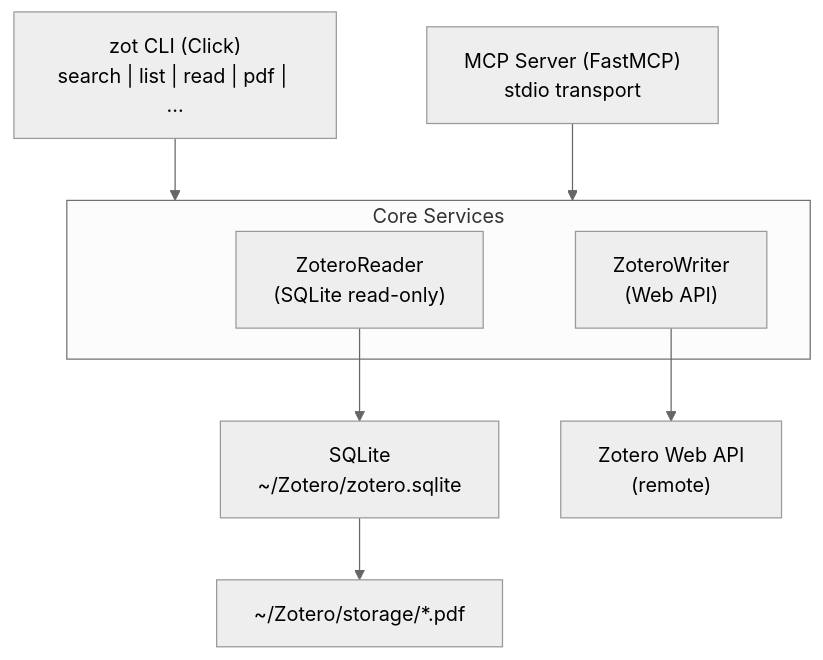
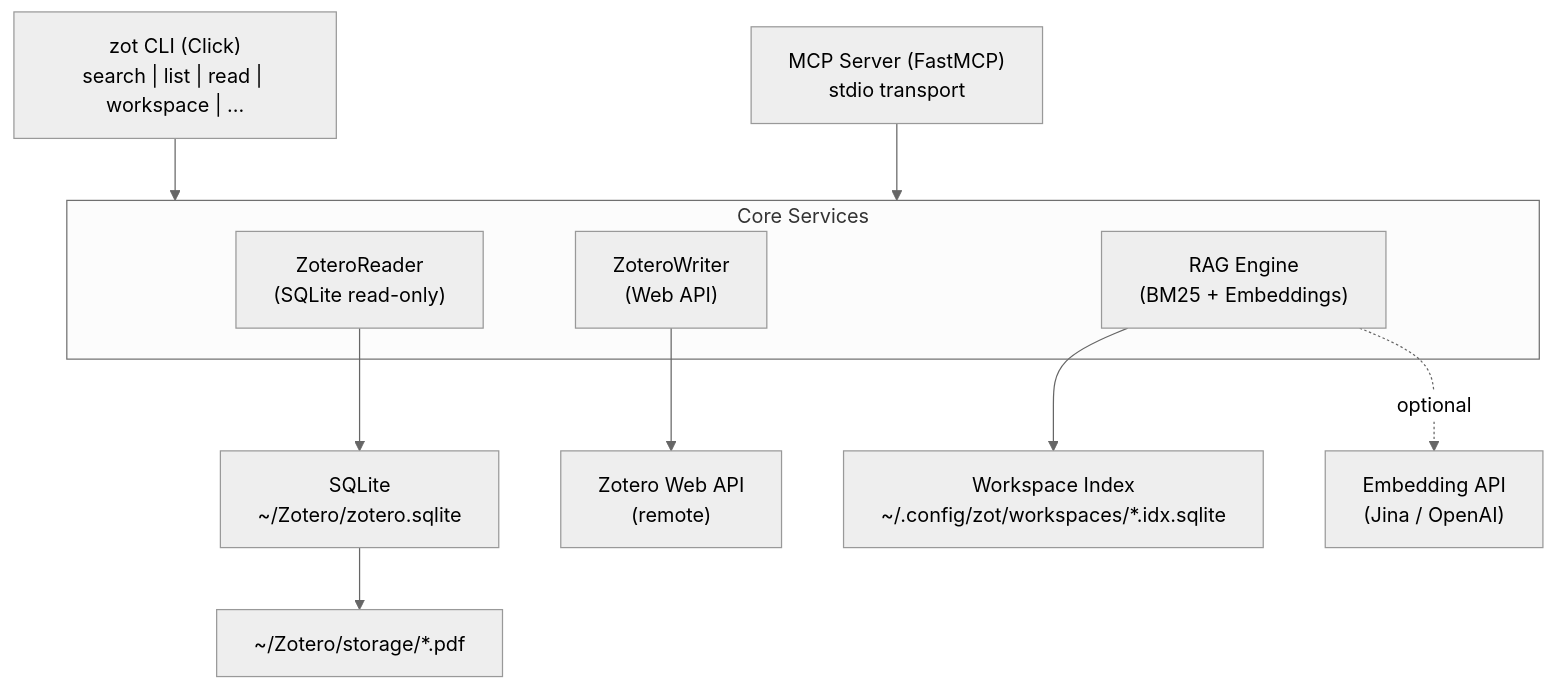
One commit to Agents365-ai/zotero-cli-cc changed the diagram in README.md. Above: the diagram before and after it, drawn with Mermaid (neutral theme). The commit also changed other lines of this file, not shown here.

First line of the commit message:
docs: add workspace section to README with rationale and RAG docs

````diff
--- a/README.md
+++ b/README.md
@@ -324,14 +364,17 @@
 ```mermaid
 graph TD
-    A["zot CLI (Click)<br>search | list | read | pdf | ..."] --> B["Core Services"]
+    A["zot CLI (Click)<br>search | list | read | workspace | ..."] --> B["Core Services"]
     C["MCP Server (FastMCP)<br>stdio transport"] --> B
 
     subgraph B["Core Services"]
         R["ZoteroReader<br>(SQLite read-only)"]
         W["ZoteroWriter<br>(Web API)"]
+        RAG["RAG Engine<br>(BM25 + Embeddings)"]
     end
 
     R --> D["SQLite<br>~/Zotero/zotero.sqlite"]
     W --> E["Zotero Web API<br>(remote)"]
     D --> F["~/Zotero/storage/*.pdf"]
+    RAG --> G["Workspace Index<br>~/.config/zot/workspaces/*.idx.sqlite"]
+    RAG -.->|optional| H["Embedding API<br>(Jina / OpenAI)"]
 ```
````
